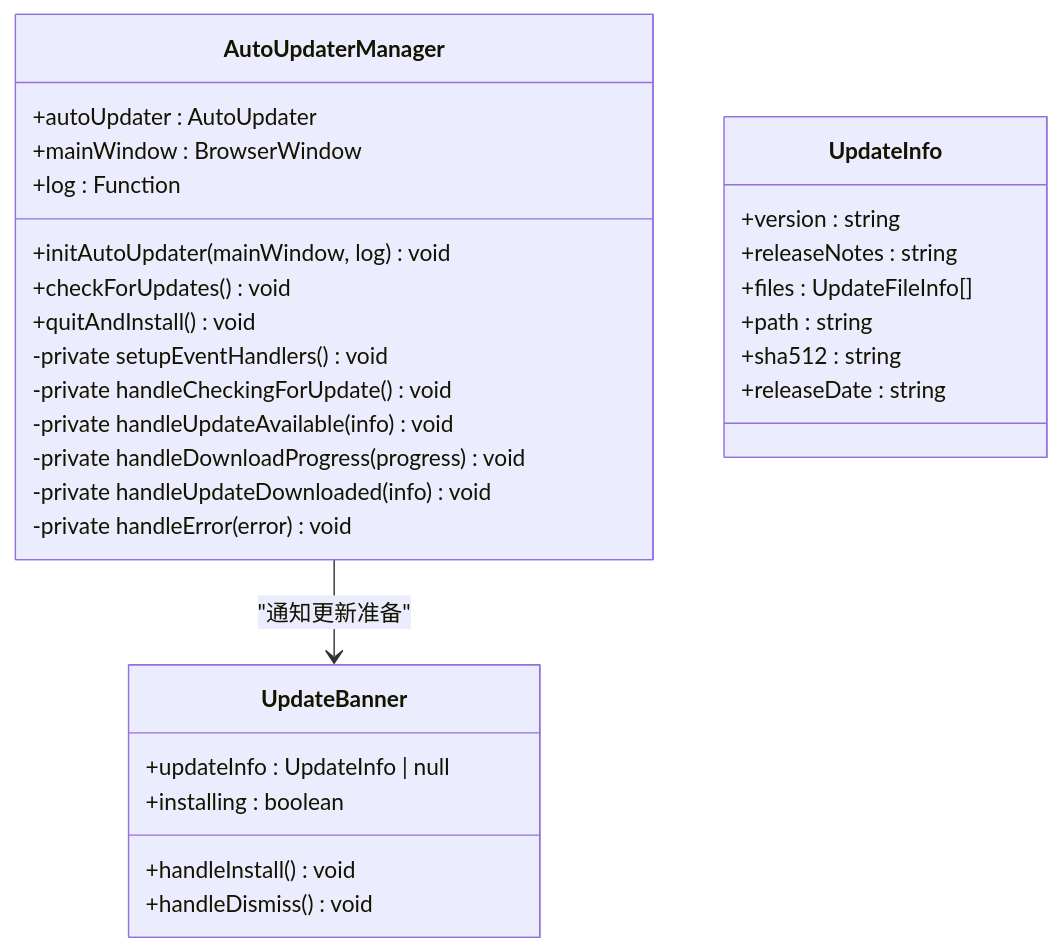
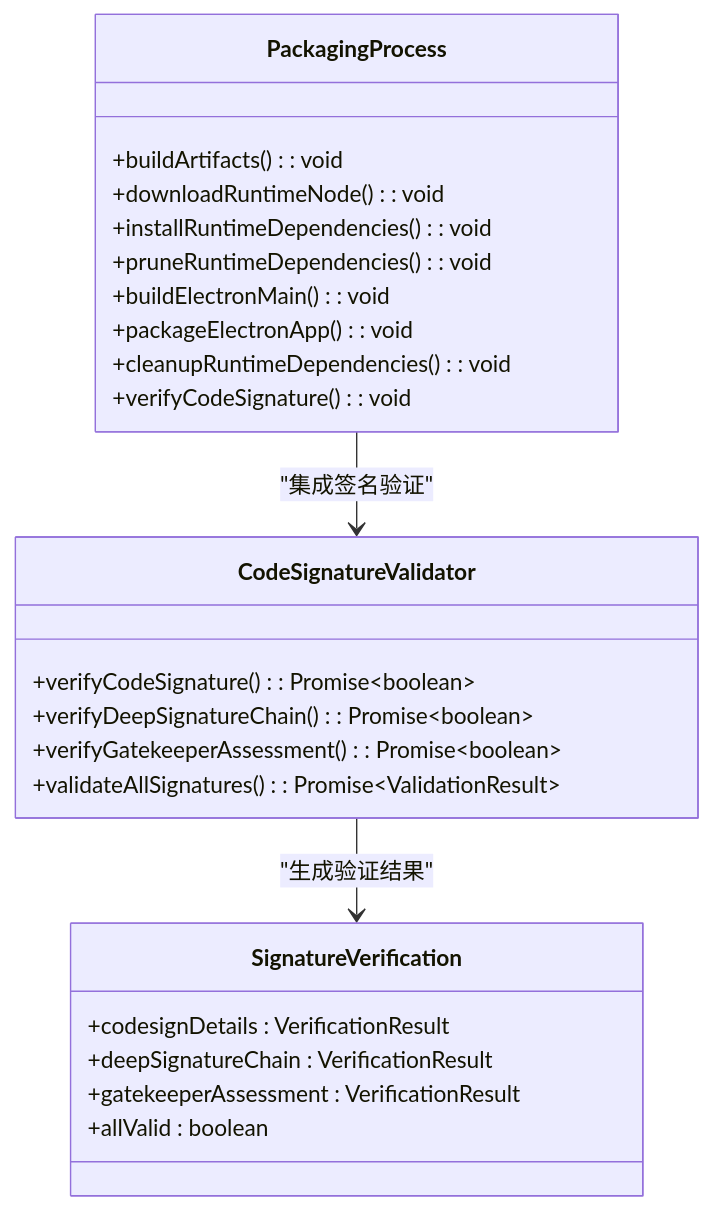
The ninth of 49 diagrams in .qoder/repowiki/zh/content/核心概念/Electron应用增强.md (verse-ai-org/openclaw), drawn with Mermaid before and after one commit. The commit also changed other lines of this file and 40 other files, not shown here.

````diff
--- a/.qoder/repowiki/zh/content/核心概念/Electron应用增强.md
+++ b/.qoder/repowiki/zh/content/核心概念/Electron应用增强.md
@@ -616,32 +678,27 @@
 ```mermaid
 classDiagram
-class AutoUpdaterManager {
-+autoUpdater : AutoUpdater
-+mainWindow : BrowserWindow
-+log : Function
-+initAutoUpdater(mainWindow, log) void
-+checkForUpdates() void
-+quitAndInstall() void
--private setupEventHandlers() void
--private handleCheckingForUpdate() void
--private handleUpdateAvailable(info) void
--private handleDownloadProgress(progress) void
--private handleUpdateDownloaded(info) void
--private handleError(error) void
+class CodeSignatureValidator {
++verifyCodeSignature() : Promise~boolean~
++verifyDeepSignatureChain() : Promise~boolean~
++verifyGatekeeperAssessment() : Promise~boolean~
++validateAllSignatures() : Promise~ValidationResult~
 }
-class UpdateInfo {
-+version : string
-+releaseNotes : string
-+files : UpdateFileInfo[]
-+path : string
-+sha512 : string
-+releaseDate : string
+class SignatureVerification {
++codesignDetails : VerificationResult
++deepSignatureChain : VerificationResult
++gatekeeperAssessment : VerificationResult
++allValid : boolean
 }
-class UpdateBanner {
-+updateInfo : UpdateInfo | null
-+installing : boolean
-+handleInstall() void
-+handleDismiss() void
+class PackagingProcess {
++buildArtifacts() : void
++downloadRuntimeNode() : void
++installRuntimeDependencies() : void
++pruneRuntimeDependencies() : void
++buildElectronMain() : void
++packageElectronApp() : void
++cleanupRuntimeDependencies() : void
++verifyCodeSignature() : void
 }
-AutoUpdaterManager --> UpdateBanner : "通知更新准备"
+CodeSignatureValidator --> SignatureVerification : "生成验证结果"
+PackagingProcess --> CodeSignatureValidator : "集成签名验证"
 ```
````
